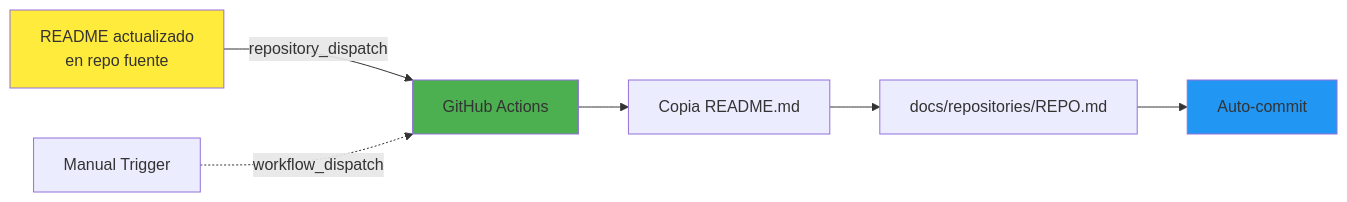
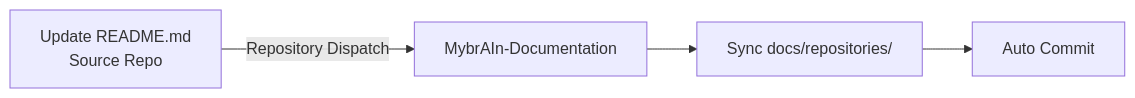
One commit to luisrodriguezlopez96/MybrAIn-Documentation changed the third of 3 diagrams in README.md. Above: the diagram before and after it, drawn with Mermaid. The commit also changed other lines of this file, not shown here.

````diff
--- a/README.md
+++ b/README.md
@@ -140,13 +130,6 @@
 ```mermaid
 graph LR
-    A[README actualizado<br/>en repo fuente] -->|repository_dispatch| B[GitHub Actions]
-    B --> C[Copia README.md]
-    C --> D[docs/repositories/REPO.md]
-    D --> E[Auto-commit]
-    
-    F[Manual Trigger] -.->|workflow_dispatch| B
-    
-    style A fill:#ffeb3b
-    style B fill:#4caf50
-    style E fill:#2196f3
+    A[Update README.md<br/>Source Repo] -->|Repository Dispatch| B[MybrAIn-Documentation]
+    B --> C[Sync docs/repositories/]
+    C --> D[Auto Commit]
 ```
````
